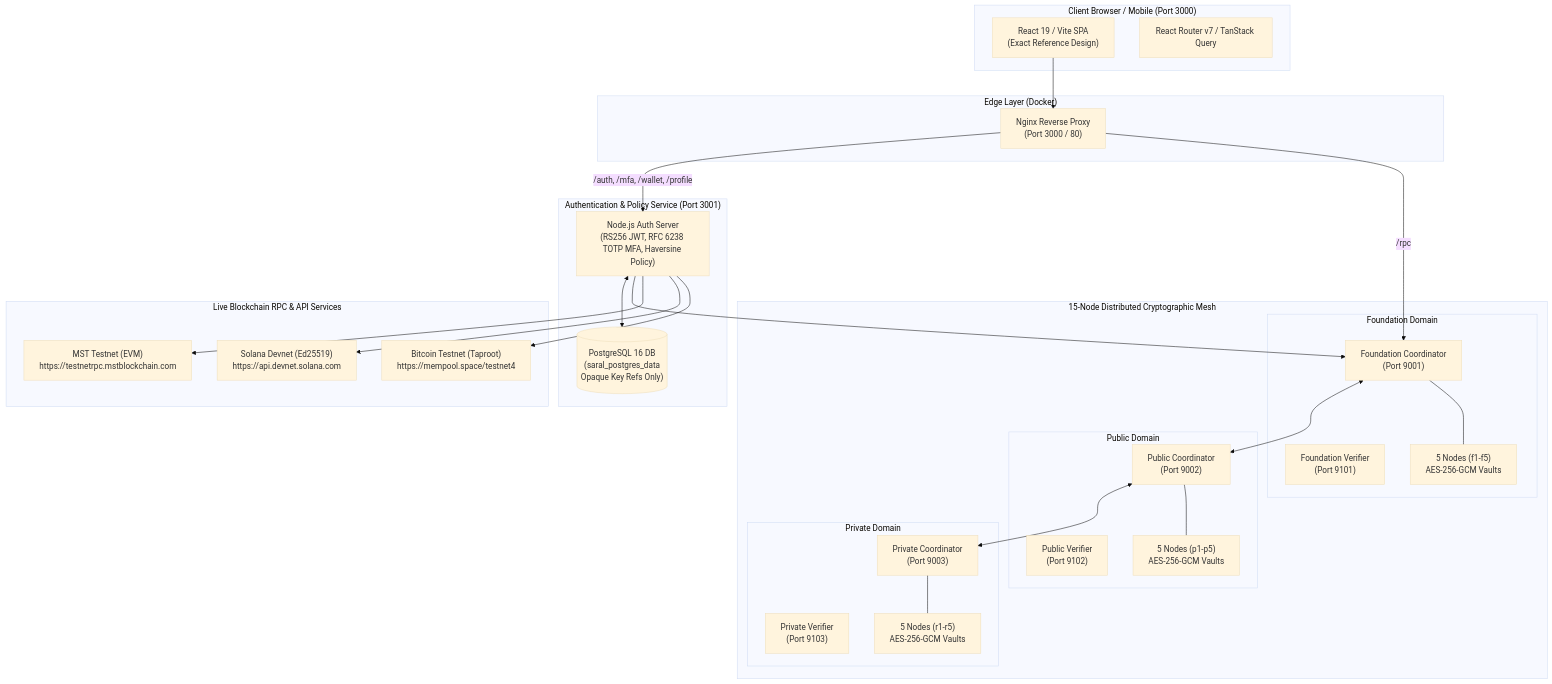
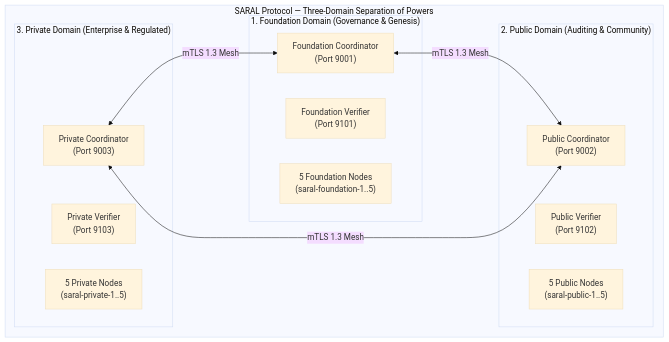
One commit to shubhammongoosetech/saral-poc changed the first of 5 diagrams in SARAL_ARCHITECTURE.md. Above: the diagram before and after it, drawn with Mermaid (base theme). The commit also changed other lines of this file and 9 other files, not shown here.

Commit message:
refactor(protocol): complete codebase audit, dead code removal, API consolidation and architecture documentation

````diff
--- a/SARAL_ARCHITECTURE.md
+++ b/SARAL_ARCHITECTURE.md
@@ -29,53 +26,26 @@
 ```mermaid
-flowchart TD
-    subgraph Client ["Client Browser / Mobile (Port 3000)"]
-        UI["React 19 / Vite SPA\n(Exact Reference Design)"]
-        RT["React Router v7 / TanStack Query"]
-    end
-
-    subgraph Edge ["Edge Layer (Docker)"]
-        NGINX["Nginx Reverse Proxy\n(Port 3000 / 80)"]
-    end
-
-    subgraph Auth ["Authentication & Policy Service (Port 3001)"]
-        AUTH["Node.js Auth Server\n(RS256 JWT, RFC 6238 TOTP MFA, Haversine Policy)"]
-        PG[("PostgreSQL 16 DB\n(saral_postgres_data\nOpaque Key Refs Only)")]
-    end
-
-    subgraph Mesh ["15-Node Distributed Cryptographic Mesh"]
-        subgraph F_DOM ["Foundation Domain"]
+graph TD
+    subgraph ThreeDomains ["SARAL Protocol — Three-Domain Separation of Powers"]
+        subgraph FoundationDomain ["1. Foundation Domain (Governance & Genesis)"]
             CF["Foundation Coordinator\n(Port 9001)"]
             VF["Foundation Verifier\n(Port 9101)"]
-            NF["5 Nodes (f1-f5)\nAES-256-GCM Vaults"]
+            NF["5 Foundation Nodes\n(saral-foundation-1..5)"]
         end
-        subgraph P_DOM ["Public Domain"]
+
+        subgraph PublicDomain ["2. Public Domain (Auditing & Community)"]
             CP["Public Coordinator\n(Port 9002)"]
             VP["Public Verifier\n(Port 9102)"]
-            NP["5 Nodes (p1-p5)\nAES-256-GCM Vaults"]
+            NP["5 Public Nodes\n(saral-public-1..5)"]
         end
-        subgraph R_DOM ["Private Domain"]
+
+        subgraph PrivateDomain ["3. Private Domain (Enterprise & Regulated)"]
             CR["Private Coordinator\n(Port 9003)"]
             VR["Private Verifier\n(Port 9103)"]
-            NR["5 Nodes (r1-r5)\nAES-256-GCM Vaults"]
+            NR["5 Private Nodes\n(saral-private-1..5)"]
         end
     end
 
-    subgraph Chains ["Live Blockchain RPC & API Services"]
-        MST["MST Testnet (EVM)\nhttps://testnetrpc.mstblockchain.com"]
-        SOL["Solana Devnet (Ed25519)\nhttps://api.devnet.solana.com"]
-        BTC["Bitcoin Testnet (Taproot)\nhttps://mempool.space/testnet4"]
-    end
-
-    UI --> NGINX
-    NGINX -->|/auth, /mfa, /wallet, /profile| AUTH
-    NGINX -->|/rpc| CF
-    AUTH <--> PG
-    AUTH --> CF
-    CF <--> CP <--> CR
-    CF --- NF
-    CP --- NP
-    CR --- NR
-    AUTH --> MST
-    AUTH --> SOL
-    AUTH --> BTC
+    CF <-->|mTLS 1.3 Mesh| CP
+    CP <-->|mTLS 1.3 Mesh| CR
+    CR <-->|mTLS 1.3 Mesh| CF
 ```
````
